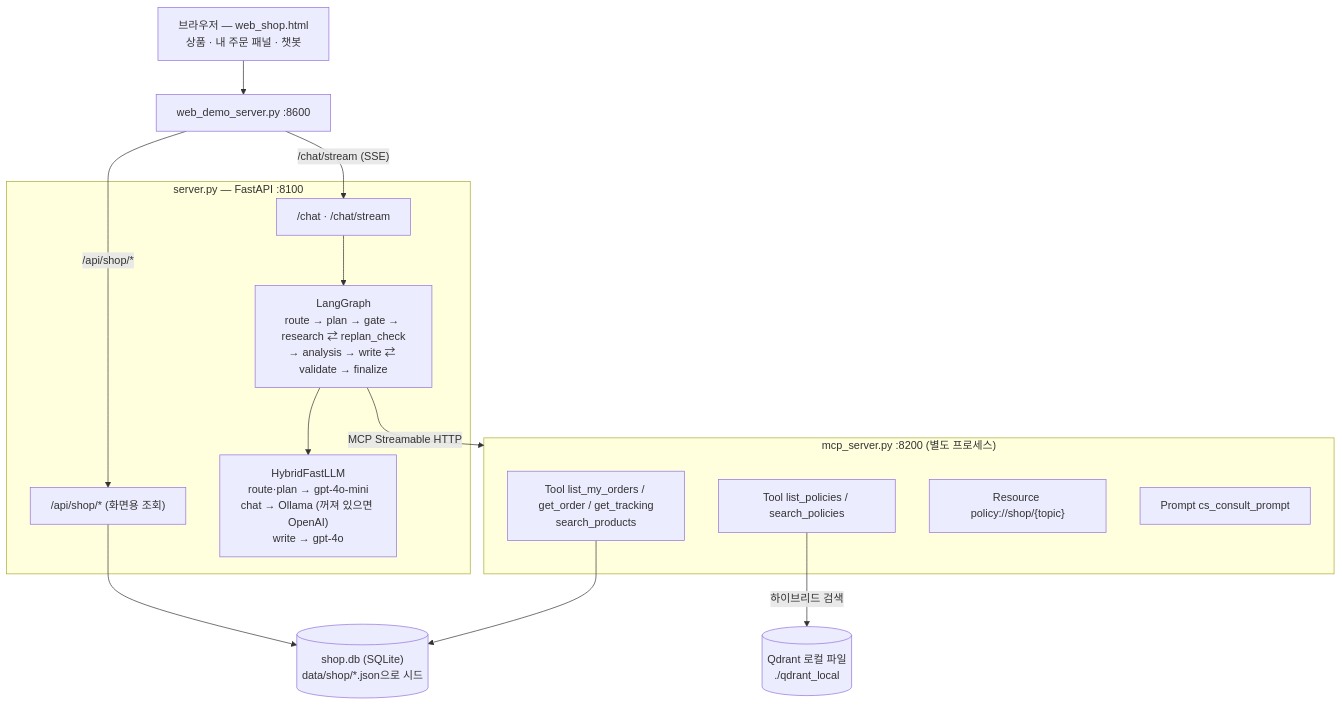
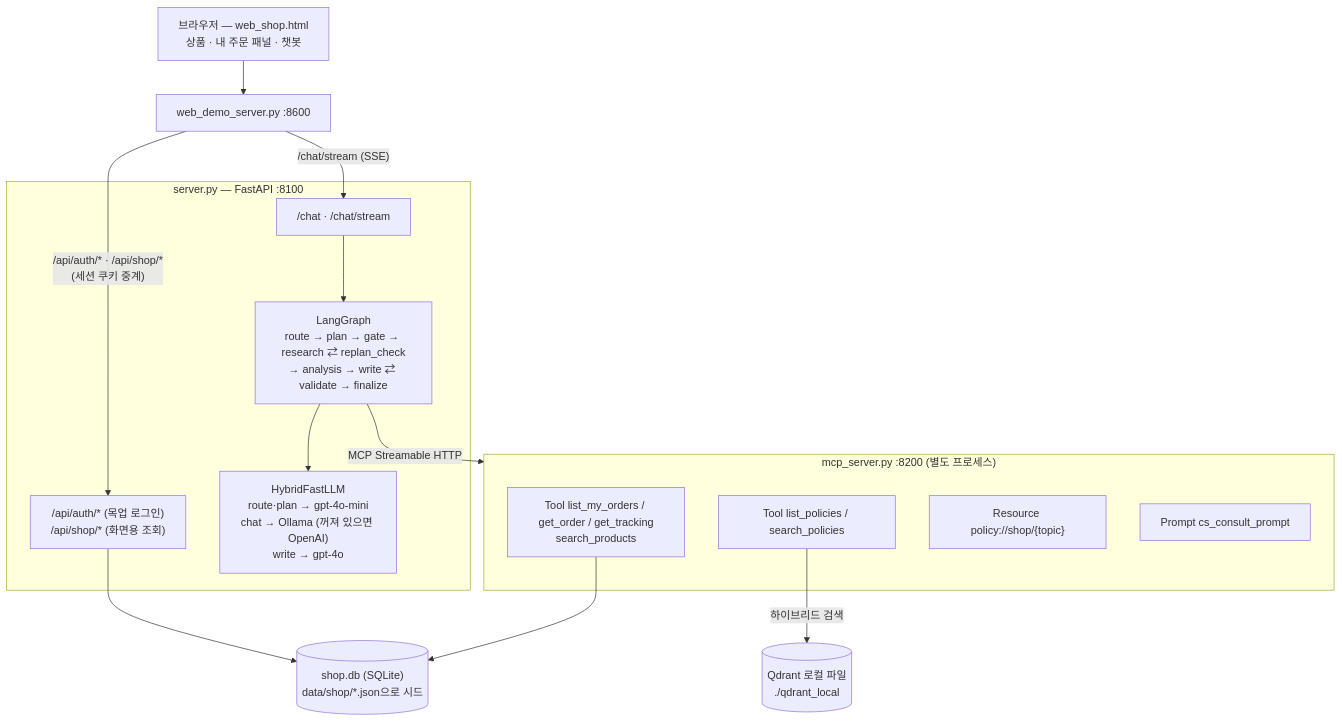
Before and after one commit to Hankookiniayo/ai_mini_project: the diagram in doc/README.md, drawn with Mermaid. The commit also changed other lines of this file and 3 other files, not shown here.

````diff
--- a/doc/README.md
+++ b/doc/README.md
@@ -28,25 +28,25 @@
 ```mermaid
 flowchart TB
     Browser["브라우저 — web_shop.html<br/>상품 · 내 주문 패널 · 챗봇"] --> Proxy["web_demo_server.py :8600"]
-    Proxy -->|"/api/shop/*"| ShopAPI
+    Proxy -->|"/api/auth/* · /api/shop/*<br/>(세션 쿠키 중계)"| ShopAPI
     Proxy -->|"/chat/stream (SSE)"| API
 
     subgraph Agent["server.py — FastAPI :8100"]
-        ShopAPI["/api/shop/* (화면용 조회)"]
+        ShopAPI["/api/auth/* (목업 로그인)<br/>/api/shop/* (화면용 조회)"]
         API["/chat · /chat/stream"] --> Graph["LangGraph<br/>route → plan → gate → research ⇄ replan_check<br/>→ analysis → write ⇄ validate → finalize"]
         Graph --> LLM["HybridFastLLM<br/>route·plan → gpt-4o-mini<br/>chat → Ollama (꺼져 있으면 OpenAI)<br/>write → gpt-4o"]
     end
 
     Graph -->|"MCP Streamable HTTP"| MCP
     subgraph MCP["mcp_server.py :8200 (별도 프로세스)"]
         T1["Tool list_my_orders / get_order / get_tracking<br/>search_products"]
         T2["Tool list_policies / search_policies"]
         R1["Resource policy://shop/{topic}"]
         P1["Prompt cs_consult_prompt"]
     end
 
     Data[("shop.db (SQLite)<br/>data/shop/*.json으로 시드")]
     ShopAPI --> Data
     T1 --> Data
     T2 -->|"하이브리드 검색"| Qdrant[("Qdrant 로컬 파일<br/>./qdrant_local")]
 ```
````
